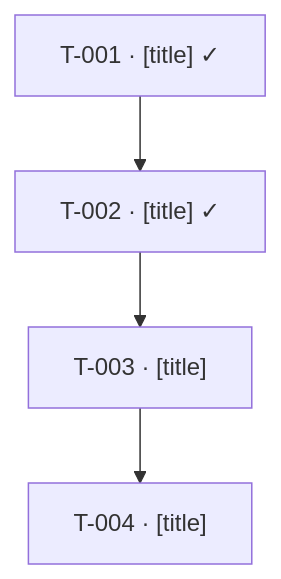
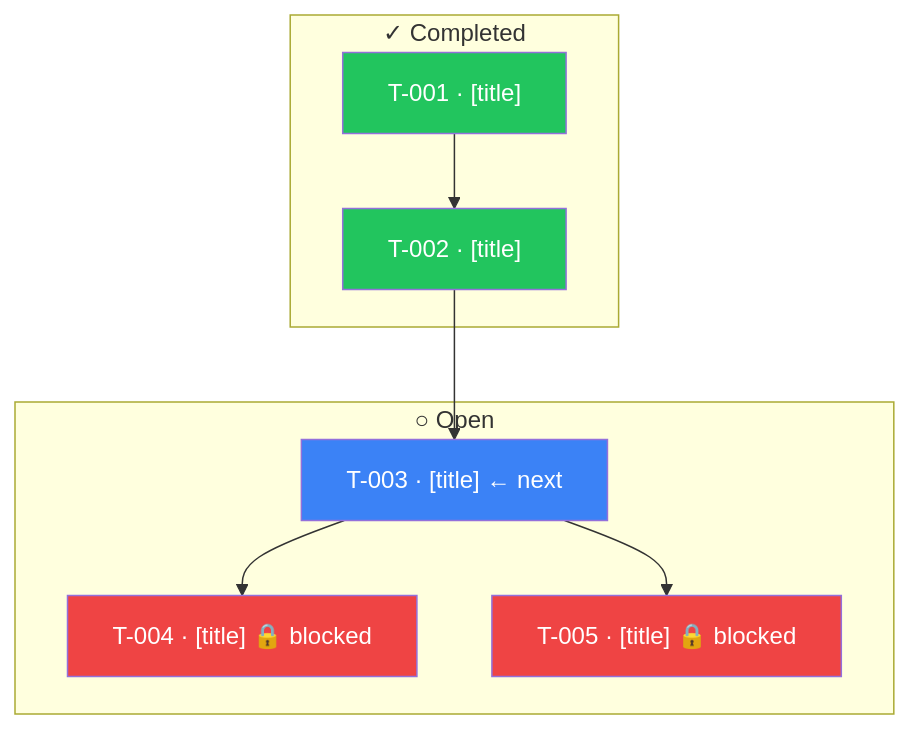
Before and after one commit to dmux/spec-kit-onboard: the diagram in commands/trail.md, drawn with Mermaid. The commit also changed other lines of this file and 4 other files, not shown here.

````diff
--- a/commands/trail.md
+++ b/commands/trail.md
@@ -83,6 +98,28 @@
 ```mermaid
-graph TD
-  T001["T-001 · [title] ✓"] --> T002["T-002 · [title] ✓"]
-  T002 --> T003["T-003 · [title]"]
-  T003 --> T004["T-004 · [title]"]
+flowchart TD
+  subgraph done["✓ Completed"]
+    T001["T-001 · [title]"]
+    T002["T-002 · [title]"]
+  end
+
+  subgraph open["○ Open"]
+    T003["T-003 · [title] ← next"]
+    T004["T-004 · [title] 🔒 blocked"]
+    T005["T-005 · [title] 🔒 blocked"]
+  end
+
+  T001 --> T002
+  T002 --> T003
+  T003 --> T004
+  T003 --> T005
+
+  style T001 fill:#22c55e,color:#fff
+  style T002 fill:#22c55e,color:#fff
+  style T003 fill:#3b82f6,color:#fff
+  style T004 fill:#ef4444,color:#fff
+  style T005 fill:#ef4444,color:#fff
+
+  click T003 "features/<feature>/tasks.md" "View task"
+  click T004 "features/<feature>/tasks.md" "View task"
+  click T005 "features/<feature>/tasks.md" "View task"
 ```
````
